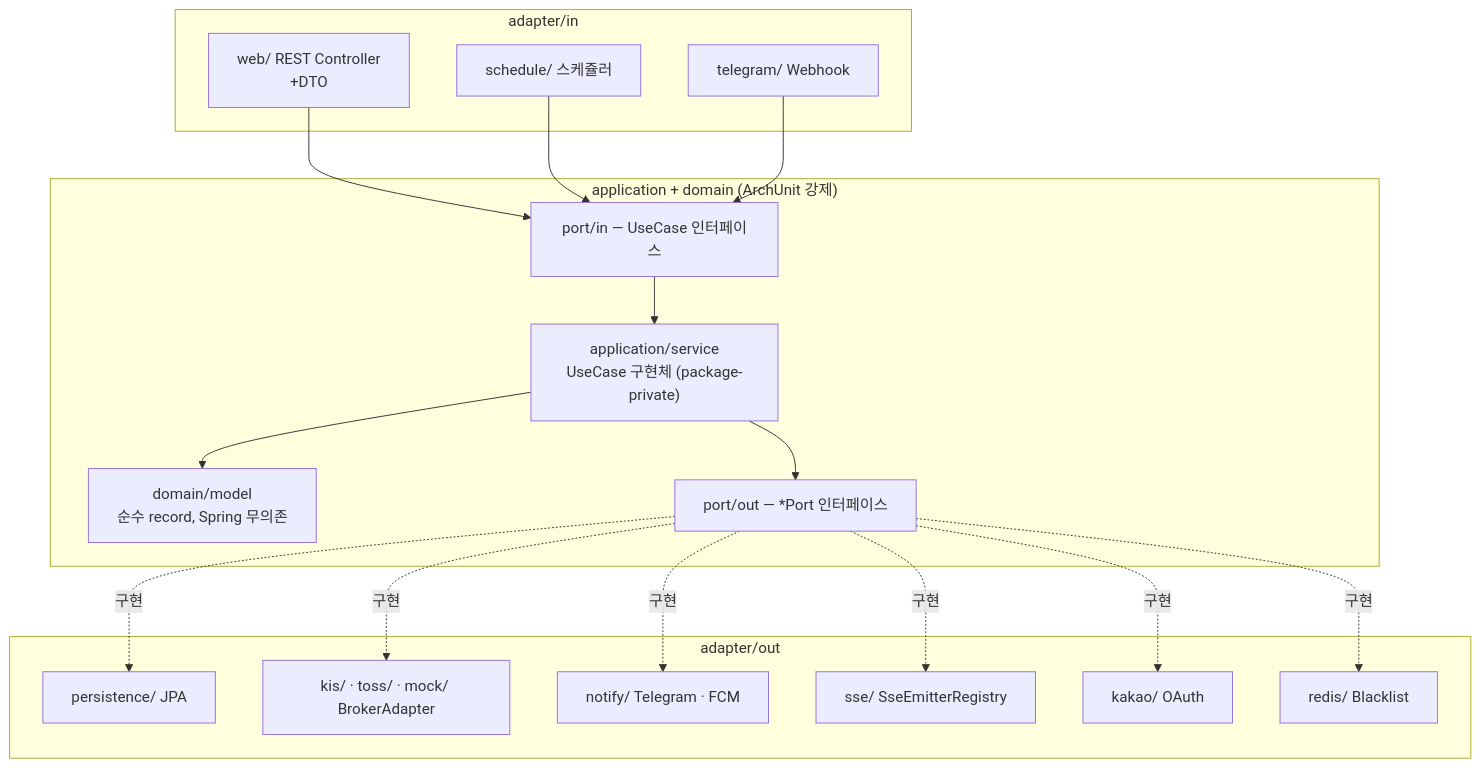
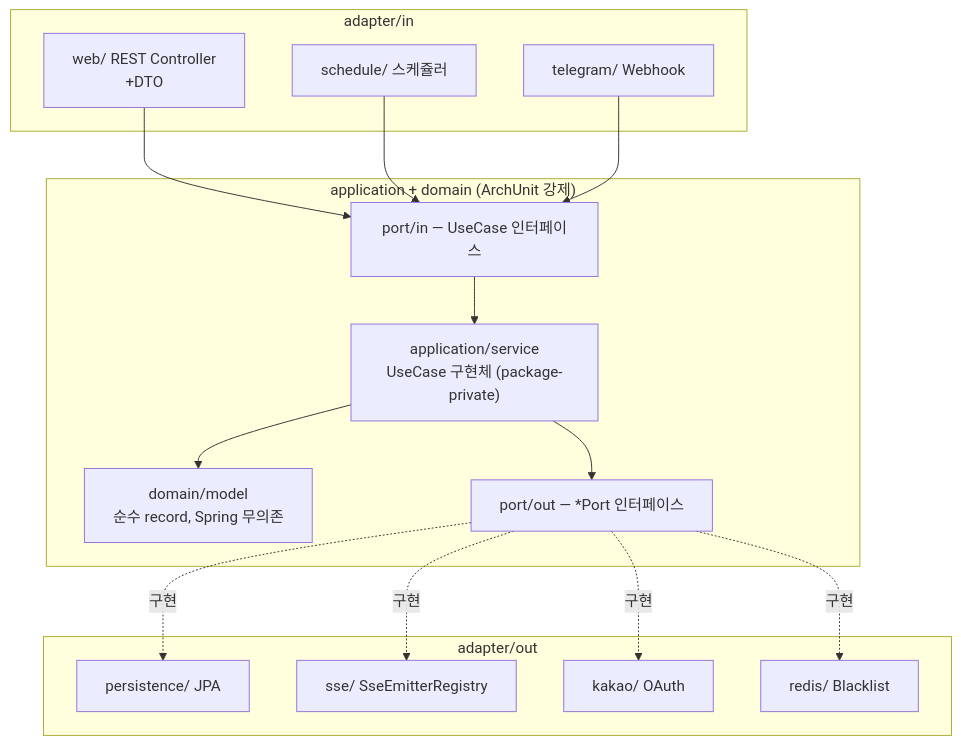
One commit to narafu/kista-api changed the first of 3 diagrams in README.md. Above: the diagram before and after it, drawn with Mermaid. The commit also changed other lines of this file and 270 other files, not shown here.

````diff
--- a/README.md
+++ b/README.md
@@ -21,37 +21,33 @@
 ```mermaid
 graph TB
     subgraph in["adapter/in"]
         web["web/ REST Controller\n+DTO"]
         schedule["schedule/ 스케쥴러"]
         telegram_in["telegram/ Webhook"]
     end
 
     subgraph core["application + domain (ArchUnit 강제)"]
         usecase["port/in — UseCase 인터페이스"]
         service["application/service\nUseCase 구현체 (package-private)"]
         domain["domain/model\n순수 record, Spring 무의존"]
         portout["port/out — *Port 인터페이스"]
     end
 
     subgraph out["adapter/out"]
         persistence["persistence/ JPA"]
-        broker["kis/ · toss/ · mock/ BrokerAdapter"]
-        notify["notify/ Telegram · FCM"]
         sse["sse/ SseEmitterRegistry"]
         kakao_out["kakao/ OAuth"]
         redis_out["redis/ Blacklist"]
     end
 
     web --> usecase
     schedule --> usecase
     telegram_in --> usecase
     usecase --> service
     service --> domain
     service --> portout
     portout -.구현.-> persistence
-    portout -.구현.-> broker
-    portout -.구현.-> notify
     portout -.구현.-> sse
     portout -.구현.-> kakao_out
     portout -.구현.-> redis_out
 ```
````
